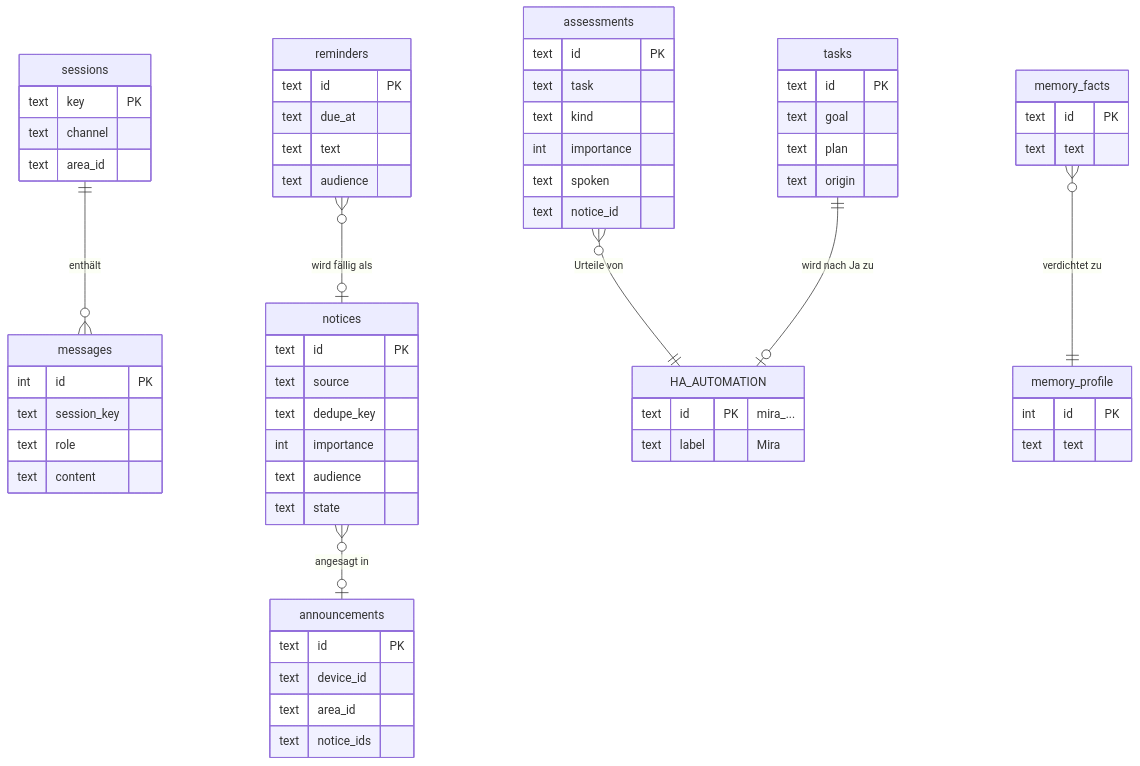
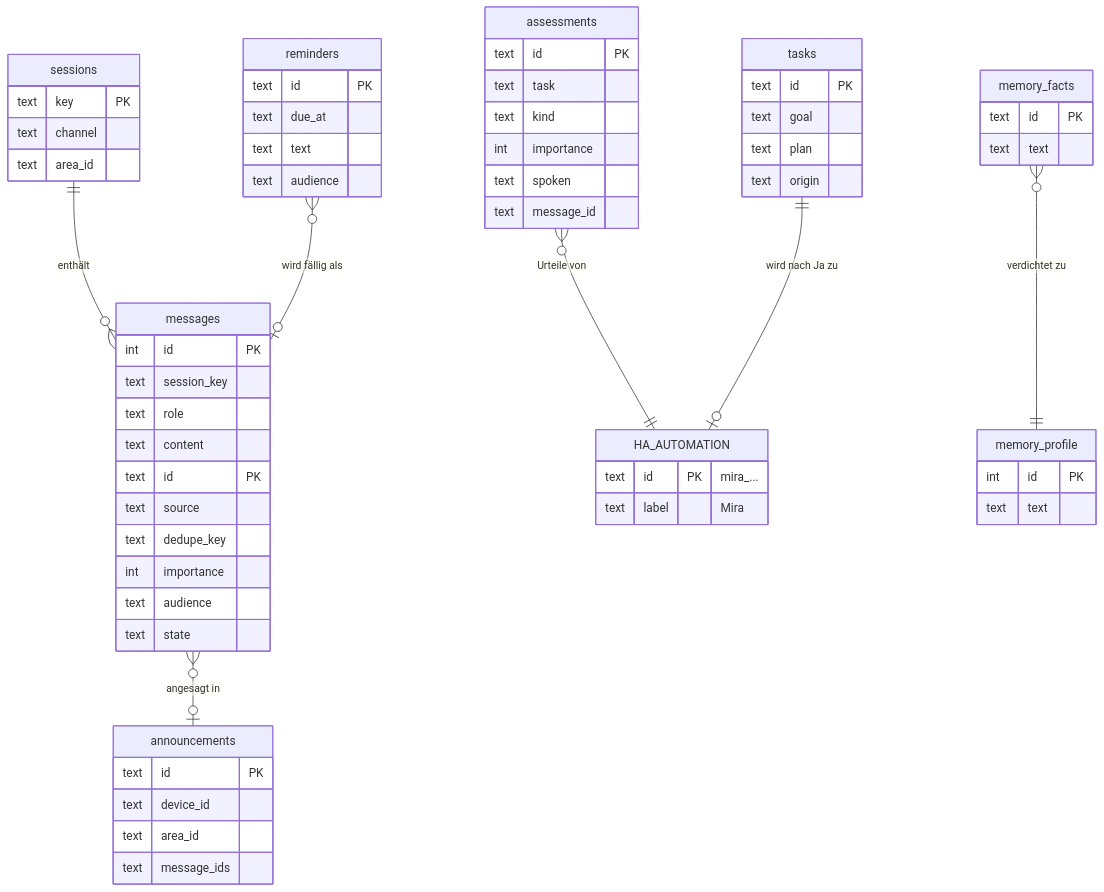
One commit to miraassist/mira changed the sixth of 6 diagrams in docs/system.md. Above: the diagram before and after it, drawn with Mermaid. The commit also changed other lines of this file and 77 other files, not shown here.

Commit message:
Meldungen heißen Nachrichten (messages) mit Empfänger (house oder Person) und Absender-Feld: Datenbank, API, Notifier, Werkzeuge, Oberfläche, Integration (mira.send_message, Sensor „Wartende Nachrichten“), Anleitung; Gesprächsverlauf heißt chat_messages (0.6.0)

````diff
--- a/docs/system.md
+++ b/docs/system.md
@@ -288,67 +288,67 @@
 ```mermaid
 erDiagram
     sessions ||--o{ messages : "enthält"
-    notices }o--o| announcements : "angesagt in"
+    messages }o--o| announcements : "angesagt in"
     assessments }o--|| HA_AUTOMATION : "Urteile von"
     tasks ||--o| HA_AUTOMATION : "wird nach Ja zu"
     memory_facts }o--|| memory_profile : "verdichtet zu"
-    reminders }o--o| notices : "wird fällig als"
+    reminders }o--o| messages : "wird fällig als"
 
     sessions {
         text key PK
         text channel
         text area_id
     }
     messages {
         int id PK
         text session_key
         text role
         text content
     }
-    notices {
+    messages {
         text id PK
         text source
         text dedupe_key
         int importance
         text audience
         text state
     }
     announcements {
         text id PK
         text device_id
         text area_id
-        text notice_ids
+        text message_ids
     }
     tasks {
         text id PK
         text goal
         text plan
         text origin
     }
     assessments {
         text id PK
         text task
         text kind
         int importance
         text spoken
-        text notice_id
+        text message_id
     }
     memory_facts {
         text id PK
         text text
     }
     memory_profile {
         int id PK
         text text
     }
     reminders {
         text id PK
         text due_at
         text text
         text audience
     }
     HA_AUTOMATION {
         text id PK "mira_..."
         text label "Mira"
     }
 ```
````
